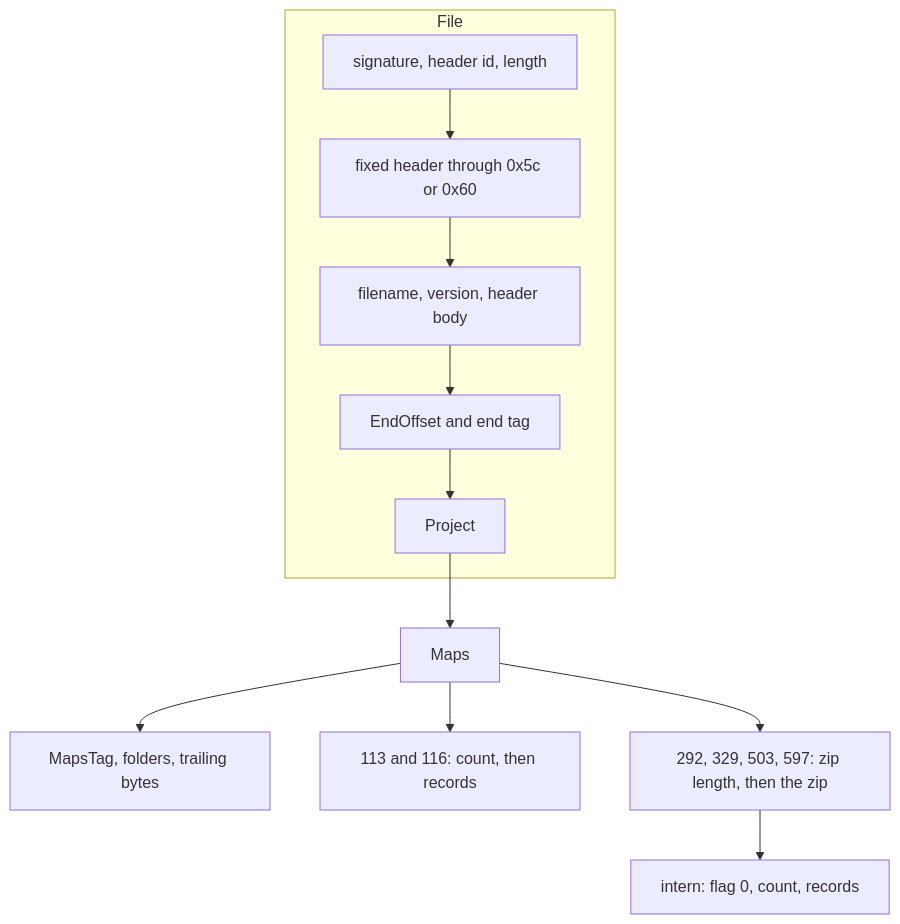
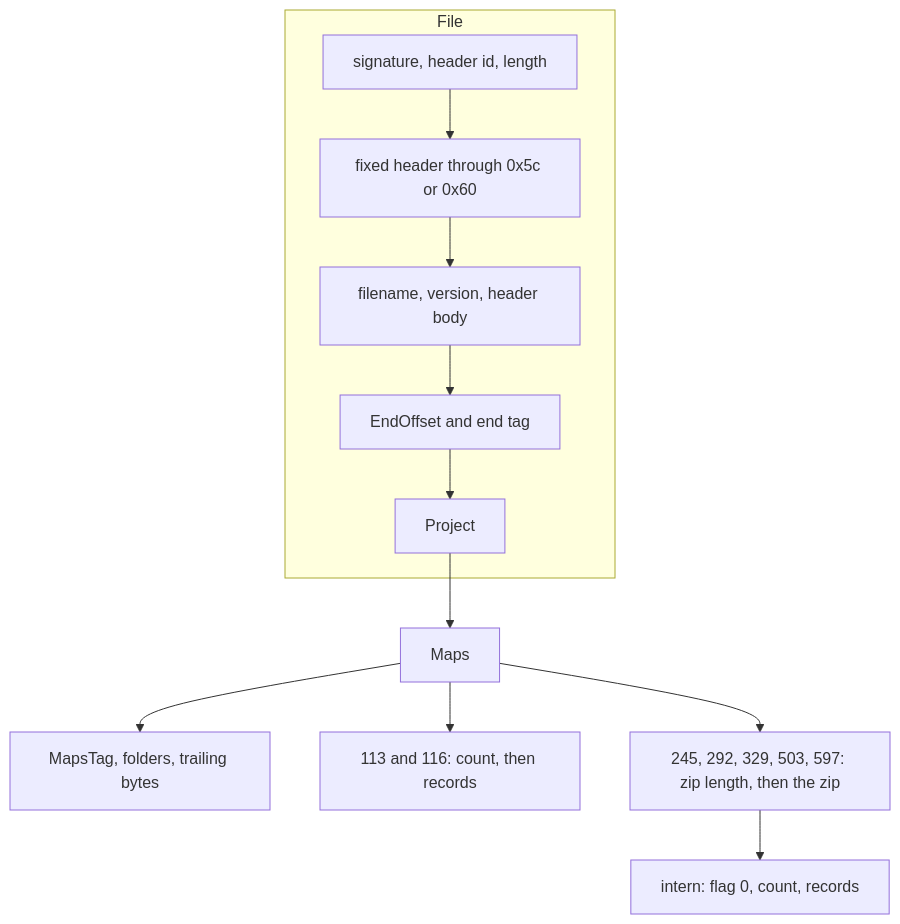
The diagram in docs/kp-format.md (nyetlabs/xdfkit), drawn with Mermaid before and after one commit. The commit also changed other lines of this file and 5 other files, not shown here.

````diff
--- a/docs/kp-format.md
+++ b/docs/kp-format.md
@@ -23,14 +24,14 @@
 ```mermaid
 flowchart TD
   subgraph file [File]
     A["signature, header id, length"] --> B["fixed header through 0x5c or 0x60"]
     B --> C["filename, version, header body"]
     C --> D["EndOffset and end tag"]
     D --> E[Project]
   end
   E --> F[Maps]
   F --> G["MapsTag, folders, trailing bytes"]
   F --> H["113 and 116: count, then records"]
-  F --> I["292, 329, 503, 597: zip length, then the zip"]
+  F --> I["245, 292, 329, 503, 597: zip length, then the zip"]
   I --> J["intern: flag 0, count, records"]
 ```
````
